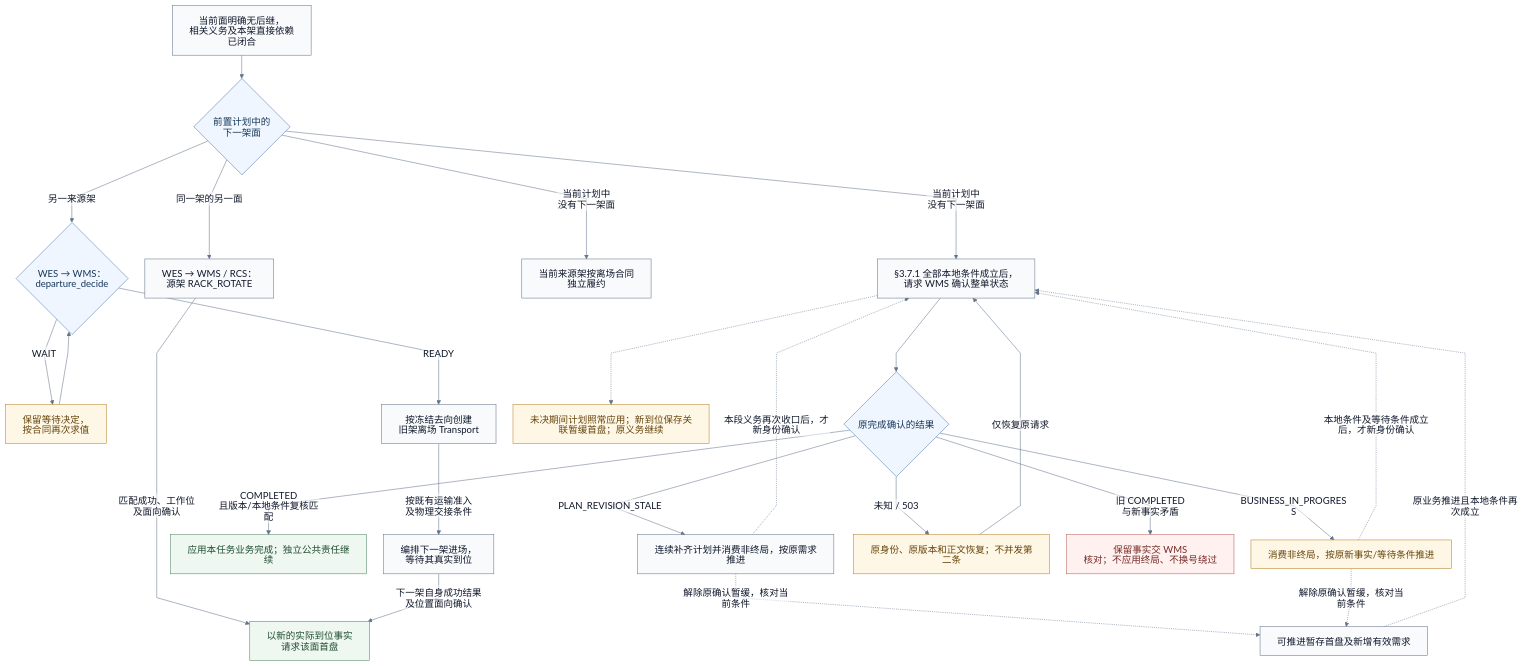
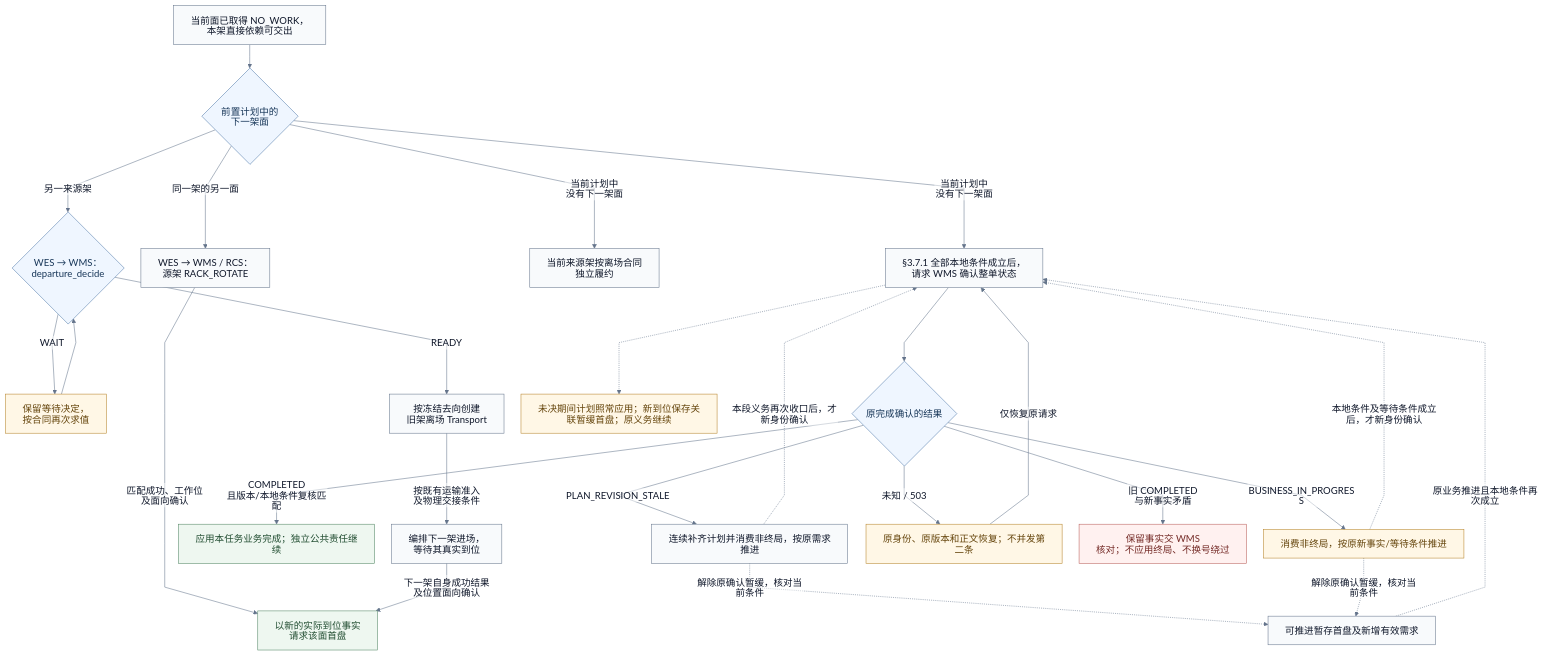
Before and after one commit to kaizhoumasha/maintenance-admin: the fourth of 4 diagrams in docs/integrations/smt-auto-api.md, drawn with Mermaid. The commit also changed other lines of this file and 19 other files, not shown here.

````diff
--- a/docs/integrations/smt-auto-api.md
+++ b/docs/integrations/smt-auto-api.md
@@ -366,36 +364,36 @@
 ```mermaid
 %%{init: {"htmlLabels":false,"theme":"base","flowchart":{"htmlLabels":false,"padding":16,"nodeSpacing":32,"rankSpacing":44,"curve":"linear","wrappingWidth":320,"diagramPadding":20},"themeVariables":{"fontFamily":"sans-serif","fontSize":"18px","lineColor":"#64748b","edgeLabelBackground":"#ffffff","primaryColor":"#f8fafc","primaryTextColor":"#0f172a","primaryBorderColor":"#64748b"},"fontFamily":"sans-serif"}}%%
 flowchart TB
-    F0["当前面明确无后继，<br/>相关义务及本架直接依赖<br/>已闭合"] --> F1{"前置计划中的<br/>下一架面"}
+    F0["当前面已取得 NO_WORK，<br/>本架直接依赖可交出"] --> F1{"前置计划中的<br/>下一架面"}
     F1 -->|同一架的另一面| F2["WES → WMS / RCS：<br/>源架 RACK_ROTATE"]
     F2 ---->|匹配成功、工作位<br/>及面向确认| F6["以新的实际到位事实<br/>请求该面首盘"]
     F1 -->|另一来源架| F3{"WES → WMS：<br/>departure_decide"}
     F3 -->|WAIT| FW["保留等待决定，<br/>按合同再次求值"]
     FW --> F3
     F3 -->|READY| F4["按冻结去向创建<br/>旧架离场 Transport"]
     F4 -->|按既有运输准入<br/>及物理交接条件| F5["编排下一架进场，<br/>等待其真实到位"]
     F5 -->|下一架自身成功结果<br/>及位置面向确认| F6
     F1 -->|当前计划中<br/>没有下一架面| F7["当前来源架按离场合同<br/>独立履约"]
     F1 -->|当前计划中<br/>没有下一架面| F8["§3.7.1 全部本地条件成立后，<br/>请求 WMS 确认整单状态"]
     FNEW -.->|原业务推进且本地条件再次成立| F8
     F8 --> FR{"原完成确认的结果"}
     FR -->|COMPLETED 且版本/本地条件复核匹配| F9["应用本任务业务完成；独立公共责任继续"]
     FR -->|PLAN_REVISION_STALE| FS["连续补齐计划并消费非终局，按原需求推进"]
     FR -->|BUSINESS_IN_PROGRESS| FWAIT["消费非终局，按原新事实/等待条件推进"]
     FS -.->|本段义务再次收口后，才新身份确认| F8
     FWAIT -.->|本地条件及等待条件成立后，才新身份确认| F8
     FR -->|未知 / 503| FUNKNOWN["原身份、原版本和正文恢复；不并发第二条"]
     FUNKNOWN -->|仅恢复原请求| F8
     FR -->|旧 COMPLETED 与新事实矛盾| FX["保留事实交 WMS 核对；不应用终局、不换号绕过"]
     F8 -.-> FH["未决期间计划照常应用；新到位保存关联暂缓首盘；原义务继续"]
     FS -.->|解除原确认暂缓，核对当前条件| FNEW["可推进暂存首盘及新增有效需求"]
     FWAIT -.->|解除原确认暂缓，核对当前条件| FNEW
     classDef decision fill:#eff6ff,stroke:#4d76a8,color:#173658
     classDef waiting fill:#fff7e6,stroke:#b58127,color:#65450c
     classDef attention fill:#fff1f0,stroke:#b85d58,color:#742a26
     classDef done fill:#eef7f0,stroke:#508462,color:#214d31
     class F1,F3,FR decision
     class FW,FWAIT,FUNKNOWN,FH waiting
     class FX attention
     class F6,F9 done
 ```
````
